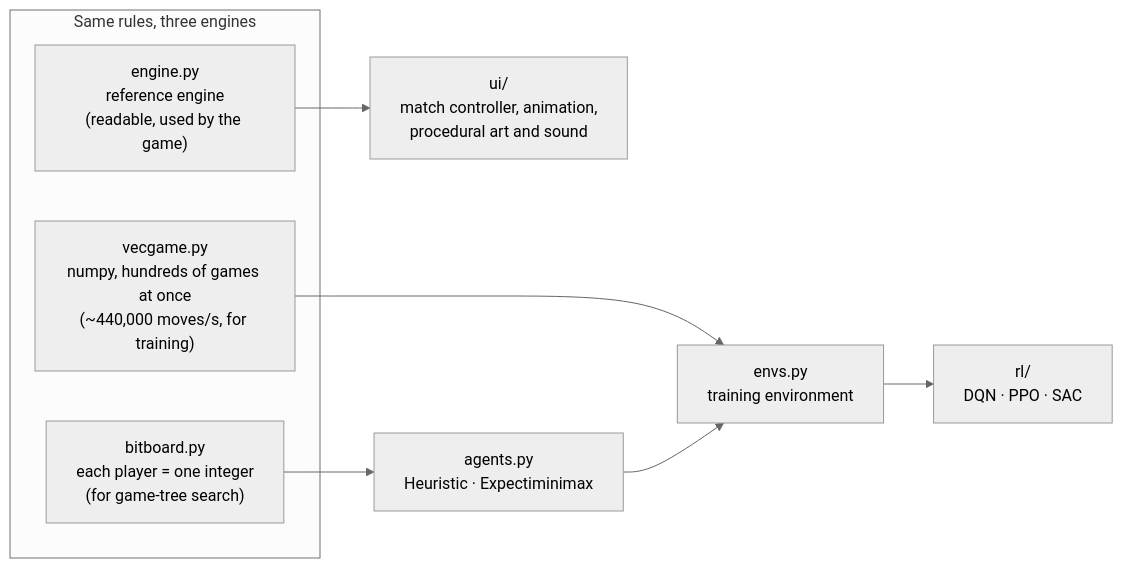
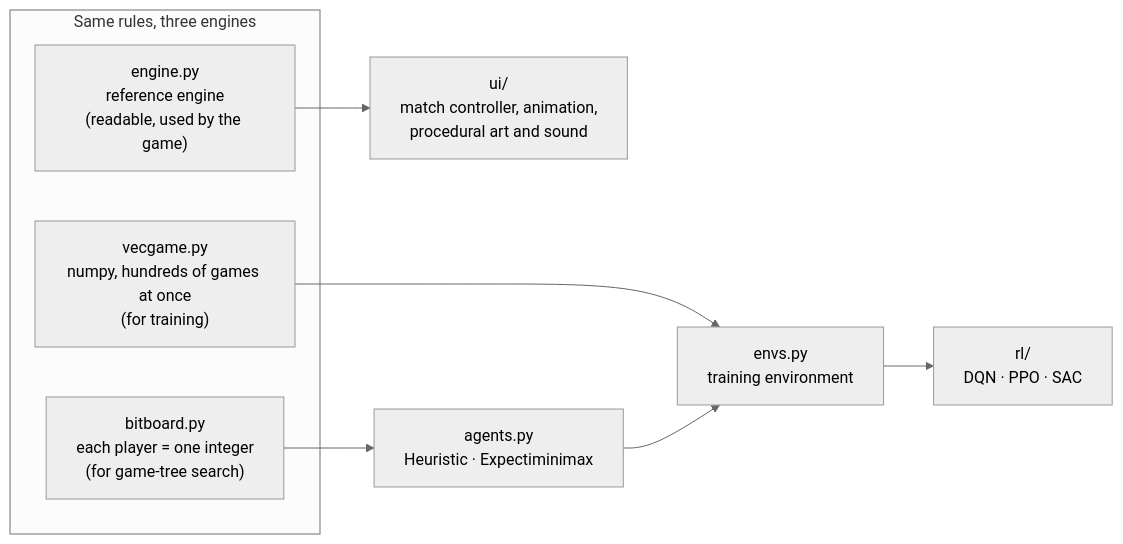
The diagram in README.md (0-Playor-0/cargo-storm), drawn with Mermaid (neutral theme) before and after one commit. The commit also changed other lines of this file and 2 other files, not shown here.

````diff
--- a/README.md
+++ b/README.md
@@ -141,13 +141,13 @@
 ```mermaid
 flowchart LR
     subgraph Rules["Same rules, three engines"]
         E["engine.py<br/>reference engine<br/>(readable, used by the game)"]
-        V["vecgame.py<br/>numpy, hundreds of games at once<br/>(~440,000 moves/s, for training)"]
+        V["vecgame.py<br/>numpy, hundreds of games at once<br/>(for training)"]
         B["bitboard.py<br/>each player = one integer<br/>(for game-tree search)"]
     end
     E --> UI["ui/<br/>match controller, animation,<br/>procedural art and sound"]
     V --> ENV["envs.py<br/>training environment"]
     ENV --> RL["rl/<br/>DQN · PPO · SAC"]
     B --> AG["agents.py<br/>Heuristic · Expectiminimax"]
     AG --> ENV
 ```
````
